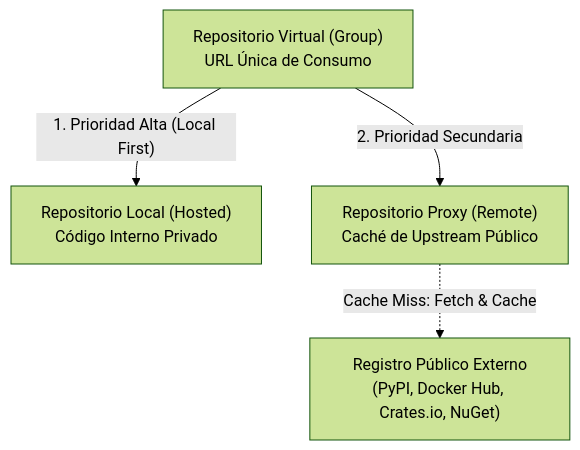
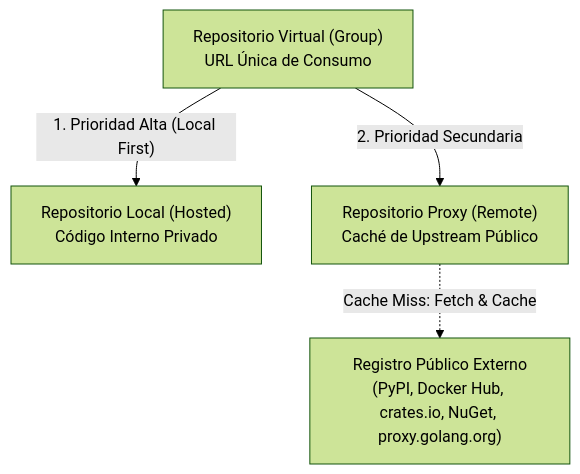
One commit to CesarAchig/Kinara-Registry changed the first of 4 diagrams in Planification/04-tipos-de-repositorios.md. Above: the diagram before and after it, drawn with Mermaid (forest theme). The commit also changed other lines of this file and 10 other files, not shown here.

````diff
--- a/Planification/04-tipos-de-repositorios.md
+++ b/Planification/04-tipos-de-repositorios.md
@@ -7,11 +7,11 @@
 ```mermaid
 flowchart TD
     Virtual["Repositorio Virtual (Group)\nURL Única de Consumo"]
     LocalRepo["Repositorio Local (Hosted)\nCódigo Interno Privado"]
     ProxyRepo["Repositorio Proxy (Remote)\nCaché de Upstream Público"]
-    Upstream["Registro Público Externo\n(PyPI, Docker Hub, Crates.io, NuGet)"]
+    Upstream["Registro Público Externo\n(PyPI, Docker Hub, crates.io, NuGet, proxy.golang.org)"]
 
     Virtual -->|"1. Prioridad Alta (Local First)"| LocalRepo
     Virtual -->|"2. Prioridad Secundaria"| ProxyRepo
     ProxyRepo -.->|"Cache Miss: Fetch & Cache"| Upstream
 ```
````
